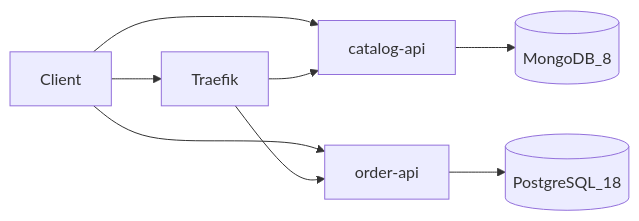
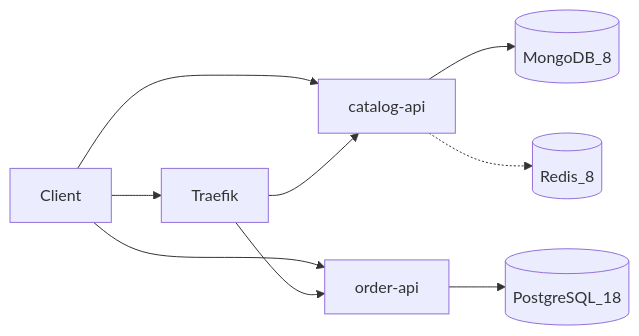
Before and after one commit to ianckc/streamshop-distributed-system: the first of 2 diagrams in docs/docs/architecture/overview.mdx, drawn with Mermaid. The commit also changed other lines of this file and 10 other files, not shown here.

Commit message:
Add a Redis service for caching catalog requests

````diff
--- a/docs/docs/architecture/overview.mdx
+++ b/docs/docs/architecture/overview.mdx
@@ -11,10 +11,11 @@
 ```mermaid
 flowchart LR
   Client[Client] --> Traefik[Traefik]
   Client --> CatalogAPI[catalog-api]
   Client --> OrderAPI[order-api]
   Traefik --> CatalogAPI
   Traefik --> OrderAPI
   CatalogAPI --> Mongo[(MongoDB_8)]
+  CatalogAPI -.-> Redis[(Redis_8)]
   OrderAPI --> Postgres[(PostgreSQL_18)]
 ```
````
